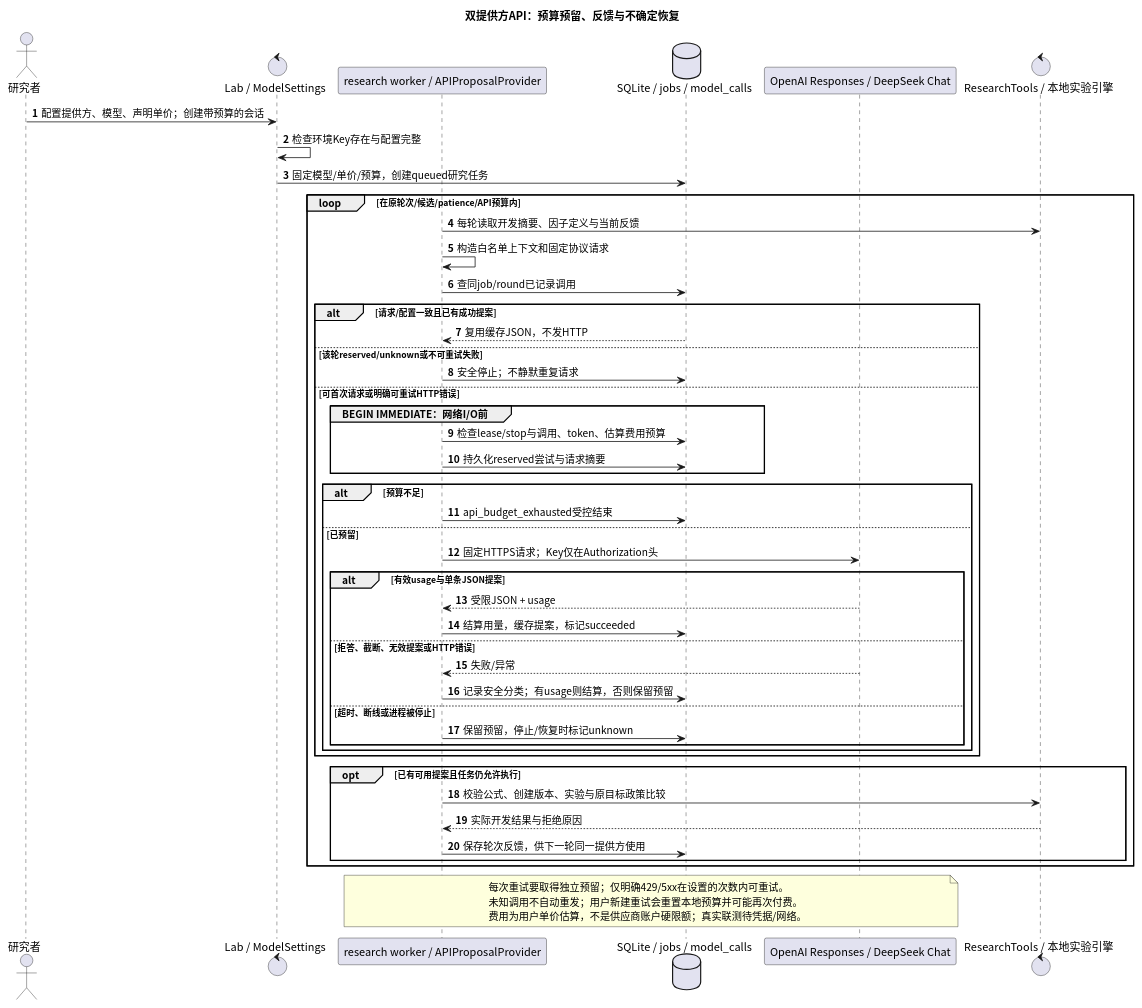
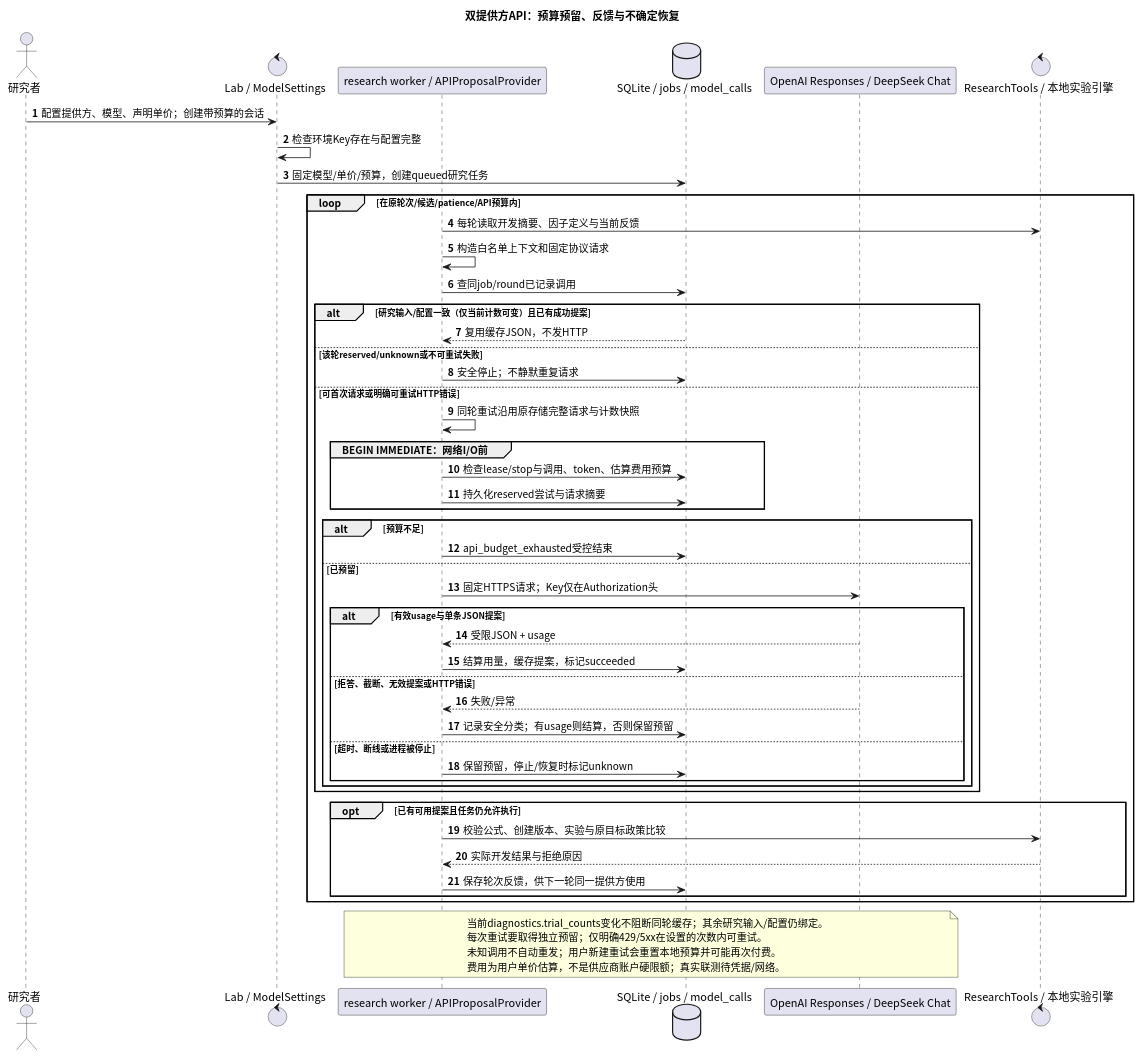
One commit to zeki-zhao/Quantify changed the tenth of 13 diagrams in docs/design/FLOWS.md. Above: the diagram before and after it, drawn with PlantUML. The commit also changed other lines of this file and 41 other files, not shown here.

````diff
--- a/docs/design/FLOWS.md
+++ b/docs/design/FLOWS.md
@@ -464,55 +464,57 @@
 ```plantuml
 @startuml flow_model_api
 skinparam defaultFontName Noto Sans CJK SC
 autonumber
 title 双提供方API：预算预留、反馈与不确定恢复
 actor "研究者" as user
 control "Lab / ModelSettings" as lab
 participant "research worker / APIProposalProvider" as worker
 database "SQLite / jobs / model_calls" as db
 participant "OpenAI Responses / DeepSeek Chat" as api
 control "ResearchTools / 本地实验引擎" as research
 user -> lab : 配置提供方、模型、声明单价；创建带预算的会话
 lab -> lab : 检查环境Key存在与配置完整
 lab -> db : 固定模型/单价/预算，创建queued研究任务
 loop 在原轮次/候选/patience/API预算内
   worker -> research : 每轮读取开发摘要、因子定义与当前反馈
   worker -> worker : 构造白名单上下文和固定协议请求
   worker -> db : 查同job/round已记录调用
-  alt 请求/配置一致且已有成功提案
+  alt 研究输入/配置一致（仅当前计数可变）且已有成功提案
     db --> worker : 复用缓存JSON，不发HTTP
   else 该轮reserved/unknown或不可重试失败
     worker -> db : 安全停止；不静默重复请求
   else 可首次请求或明确可重试HTTP错误
+    worker -> worker : 同轮重试沿用原存储完整请求与计数快照
     group BEGIN IMMEDIATE：网络I/O前
       worker -> db : 检查lease/stop与调用、token、估算费用预算
       worker -> db : 持久化reserved尝试与请求摘要
     end
     alt 预算不足
       worker -> db : api_budget_exhausted受控结束
     else 已预留
       worker -> api : 固定HTTPS请求；Key仅在Authorization头
       alt 有效usage与单条JSON提案
         api --> worker : 受限JSON + usage
         worker -> db : 结算用量，缓存提案，标记succeeded
       else 拒答、截断、无效提案或HTTP错误
         api --> worker : 失败/异常
         worker -> db : 记录安全分类；有usage则结算，否则保留预留
       else 超时、断线或进程被停止
         worker -> db : 保留预留，停止/恢复时标记unknown
       end
     end
   end
   opt 已有可用提案且任务仍允许执行
     worker -> research : 校验公式、创建版本、实验与原目标政策比较
     research --> worker : 实际开发结果与拒绝原因
     worker -> db : 保存轮次反馈，供下一轮同一提供方使用
   end
 end
 note over worker, api
+  当前diagnostics.trial_counts变化不阻断同轮缓存；其余研究输入/配置仍绑定。
   每次重试要取得独立预留；仅明确429/5xx在设置的次数内可重试。
   未知调用不自动重发；用户新建重试会重置本地预算并可能再次付费。
   费用为用户单价估算，不是供应商账户硬限额；真实联测待凭据/网络。
 end note
 @enduml
 ```
````
